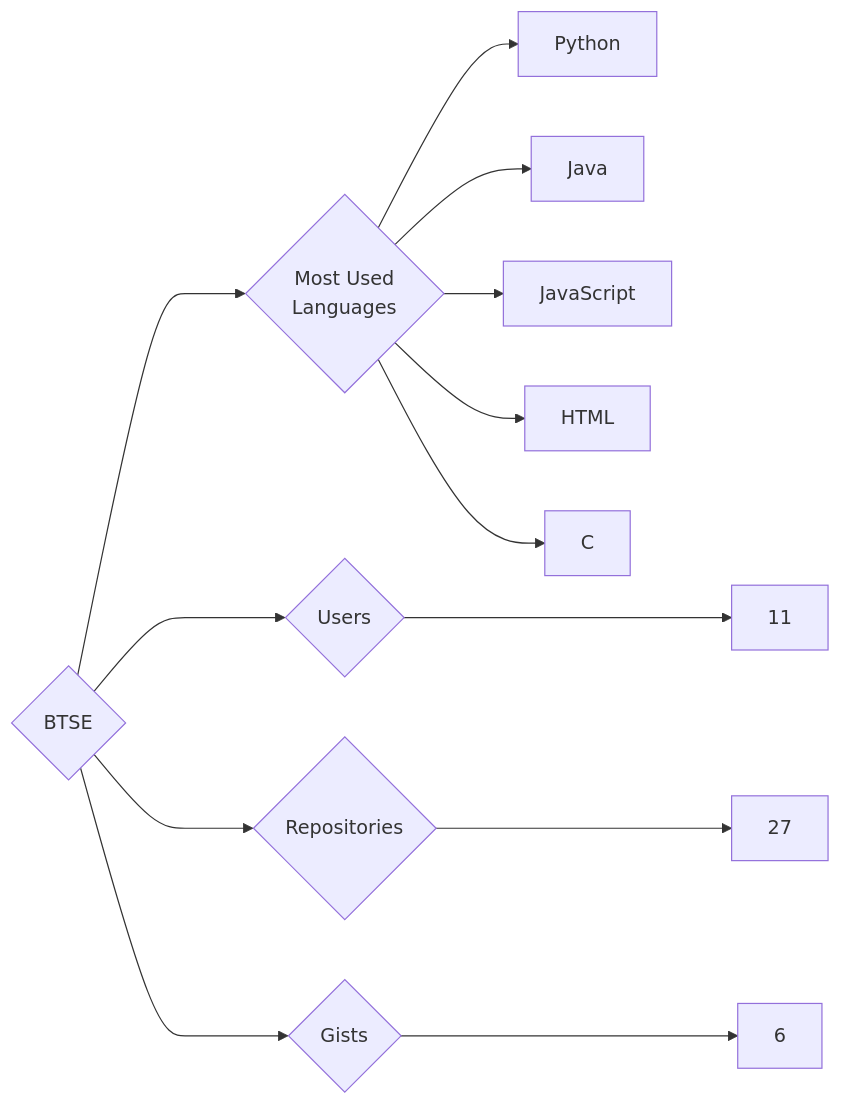
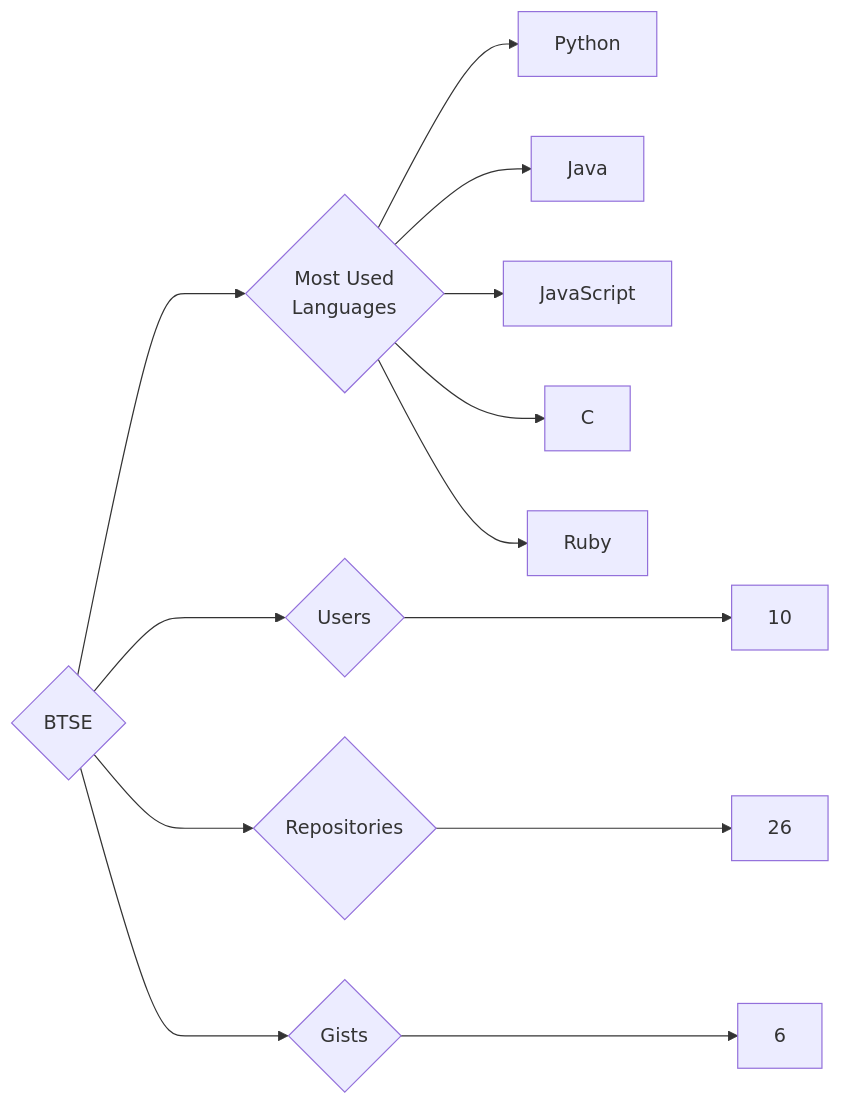
Before and after one commit to trickest/insiders: the diagram in targets/BTSE/README.md, drawn with Mermaid. The commit also changed 1084 other files, not shown here.

````diff
--- a/targets/BTSE/README.md
+++ b/targets/BTSE/README.md
@@ -3,13 +3,13 @@
 ```mermaid
 graph LR
 COMPANY_NAME{BTSE}
-COMPANY_NAME ---> U{Users} ---> UN[11]
-COMPANY_NAME ---> R{Repositories} ---> RN[27]
+COMPANY_NAME ---> U{Users} ---> UN[10]
+COMPANY_NAME ---> R{Repositories} ---> RN[26]
 COMPANY_NAME ---> G{Gists} ---> GN[6]
 COMPANY_NAME ---> ML{Most Used<br>Languages}
 ML --> Python[Python]
 ML --> Java[Java]
 ML --> JavaScript[JavaScript]
-ML --> HTML[HTML]
 ML --> C[C]
+ML --> Ruby[Ruby]
 ```
````
